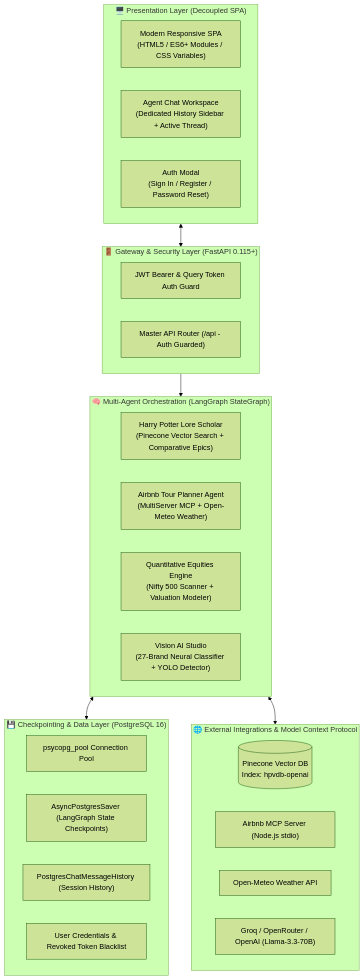
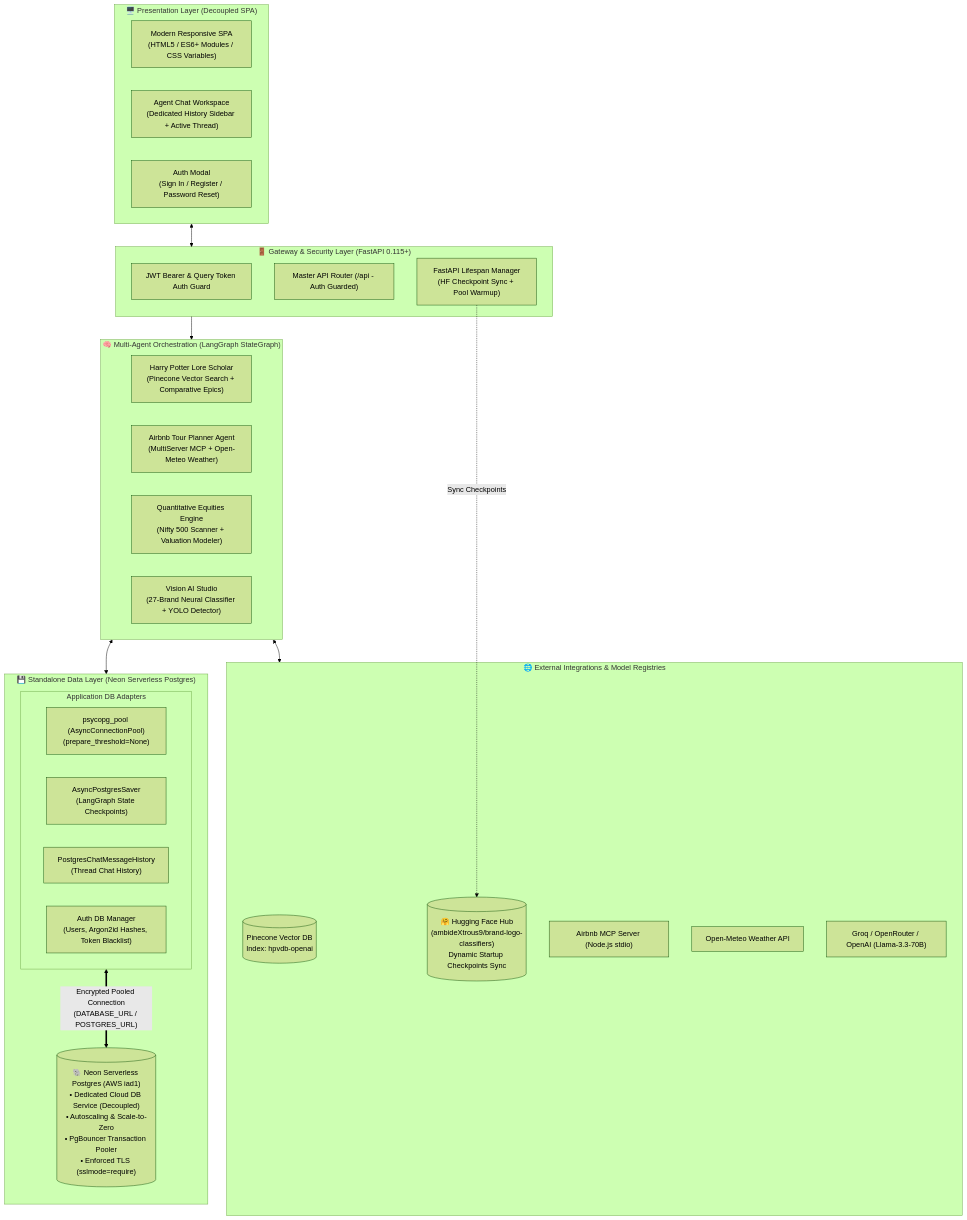
One commit to ambideXtrous9/portfolio-agent changed the first of 2 diagrams in README.md. Above: the diagram before and after it, drawn with Mermaid (forest theme). The commit also changed other lines of this file, not shown here.

Commit message:
docs(architecture): document standalone Neon Serverless Postgres architecture and HF Hub checkpoints

````diff
--- a/README.md
+++ b/README.md
@@ -44,39 +47,47 @@
 ```mermaid
 flowchart TB
     subgraph ClientLayer ["🖥️ Presentation Layer (Decoupled SPA)"]
         UI["Modern Responsive SPA\n(HTML5 / ES6+ Modules / CSS Variables)"]
         ChatWorkspace["Agent Chat Workspace\n(Dedicated History Sidebar + Active Thread)"]
         AuthModal["Auth Modal\n(Sign In / Register / Password Reset)"]
     end
 
     subgraph GatewayLayer ["🚪 Gateway & Security Layer (FastAPI 0.115+)"]
         AuthMiddleware["JWT Bearer & Query Token Auth Guard"]
         Router["Master API Router (/api - Auth Guarded)"]
+        Lifespan["FastAPI Lifespan Manager\n(HF Checkpoint Sync + Pool Warmup)"]
     end
 
     subgraph AgentLayer ["🧠 Multi-Agent Orchestration (LangGraph StateGraph)"]
         HarryAgent["Harry Potter Lore Scholar\n(Pinecone Vector Search + Comparative Epics)"]
         TourAgent["Airbnb Tour Planner Agent\n(MultiServer MCP + Open-Meteo Weather)"]
         StockEngine["Quantitative Equities Engine\n(Nifty 500 Scanner + Valuation Modeler)"]
         VisionStudio["Vision AI Studio\n(27-Brand Neural Classifier + YOLO Detector)"]
     end
 
-    subgraph PersistenceLayer ["💾 Checkpointing & Data Layer (PostgreSQL 16)"]
-        PGPool["psycopg_pool Connection Pool"]
-        PGSaver["AsyncPostgresSaver (LangGraph State Checkpoints)"]
-        PGChat["PostgresChatMessageHistory (Session History)"]
-        PGAuth["User Credentials & Revoked Token Blacklist"]
+    subgraph PersistenceLayer ["💾 Standalone Data Layer (Neon Serverless Postgres)"]
+        direction TB
+        NeonCloud[("🐘 Neon Serverless Postgres (AWS iad1)\n• Dedicated Cloud DB Service (Decoupled)\n• Autoscaling & Scale-to-Zero\n• PgBouncer Transaction Pooler\n• Enforced TLS (sslmode=require)")]
+        subgraph InternalDB ["Application DB Adapters"]
+            PGPool["psycopg_pool (AsyncConnectionPool)\n(prepare_threshold=None)"]
+            PGSaver["AsyncPostgresSaver\n(LangGraph State Checkpoints)"]
+            PGChat["PostgresChatMessageHistory\n(Thread Chat History)"]
+            PGAuth["Auth DB Manager\n(Users, Argon2id Hashes, Token Blacklist)"]
+        end
+        InternalDB <==>|"Encrypted Pooled Connection\n(DATABASE_URL / POSTGRES_URL)"| NeonCloud
     end
 
-    subgraph ExternalServices ["🌐 External Integrations & Model Context Protocol"]
+    subgraph ExternalServices ["🌐 External Integrations & Model Registries"]
         PineconeDB[("Pinecone Vector DB\nIndex: hpvdb-openai")]
+        HFHub[("🤗 Hugging Face Hub\n(ambideXtrous9/brand-logo-classifiers)\nDynamic Startup Checkpoints Sync")]
         MCPAirbnb["Airbnb MCP Server (Node.js stdio)"]
         MeteoAPI["Open-Meteo Weather API"]
         LLMProvider["Groq / OpenRouter / OpenAI (Llama-3.3-70B)"]
     end
 
     ClientLayer <--> GatewayLayer
     GatewayLayer --> AgentLayer
     AgentLayer <--> PersistenceLayer
     AgentLayer <--> ExternalServices
+    Lifespan -.->|"Sync Checkpoints"| HFHub
 ```
````
